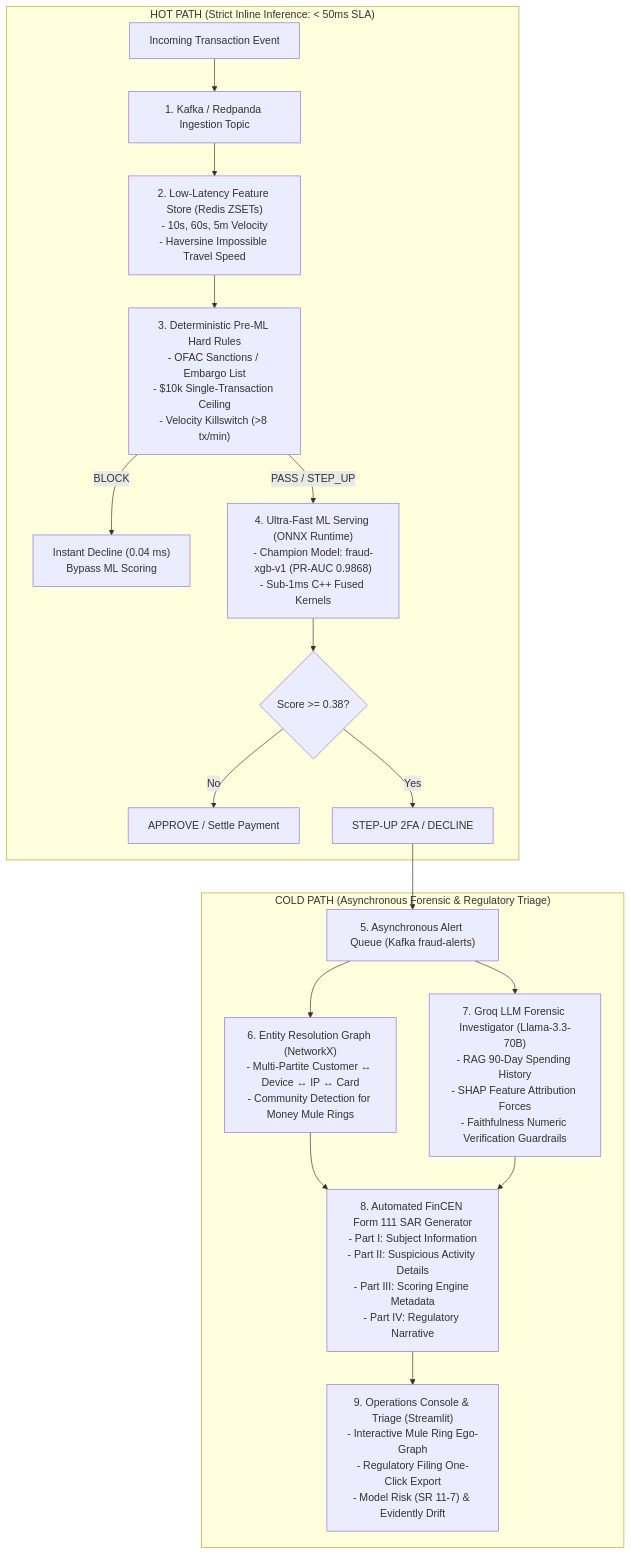
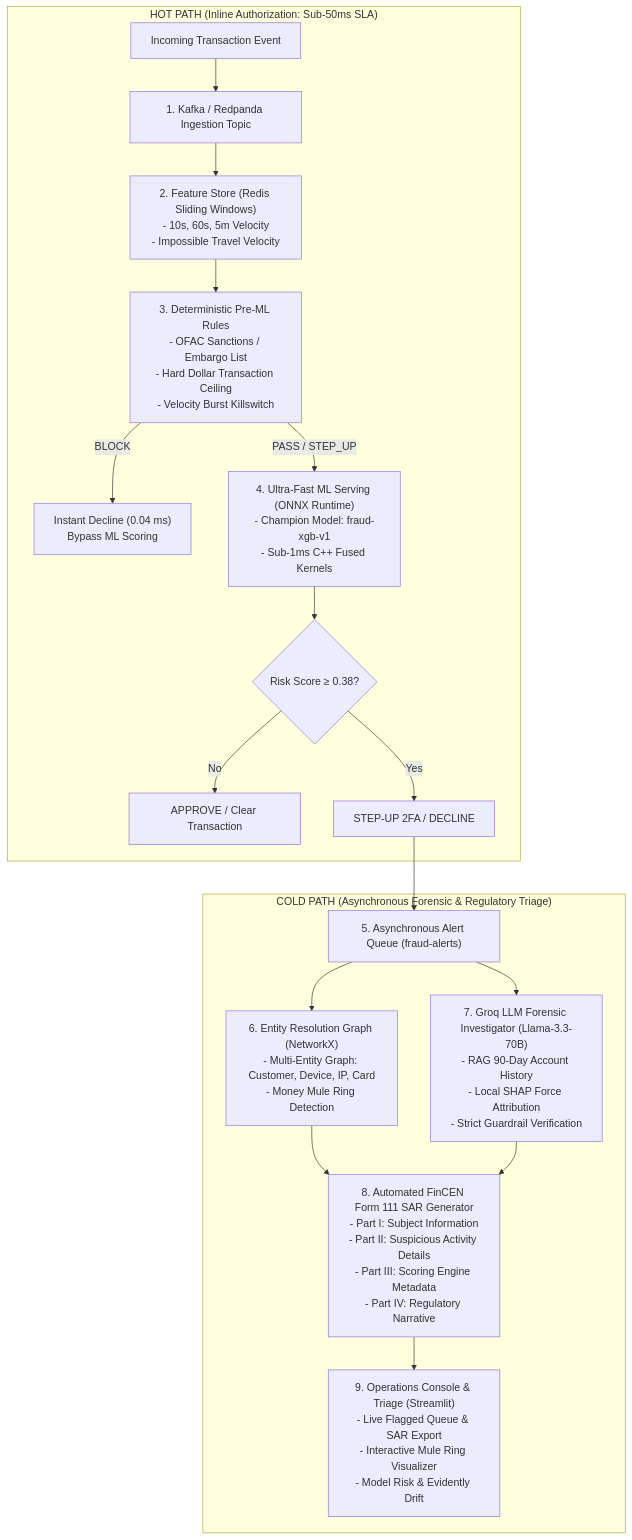
The diagram in README.md (abhinavcdas/fraud-detection-agent), drawn with Mermaid before and after one commit. The commit also changed other lines of this file and 4 other files, not shown here.

Commit message:
fix: harden latency benchmark with write-then-read features, sanitize agent tool calls, and fix mermaid syntax

````diff
--- a/README.md
+++ b/README.md
@@ -17,22 +17,22 @@
 ```mermaid
 flowchart TD
-    subgraph HotPath["HOT PATH (Strict Inline Inference: < 50ms SLA)"]
+    subgraph HotPath["HOT PATH (Inline Authorization: Sub-50ms SLA)"]
         A["Incoming Transaction Event"] --> B["1. Kafka / Redpanda Ingestion Topic"]
-        B --> C["2. Low-Latency Feature Store (Redis ZSETs)<br/>- 10s, 60s, 5m Velocity<br/>- Haversine Impossible Travel Speed"]
-        C --> D["3. Deterministic Pre-ML Hard Rules<br/>- OFAC Sanctions / Embargo List<br/>- $10k Single-Transaction Ceiling<br/>- Velocity Killswitch (>8 tx/min)"]
-        D -->|BLOCK| D1["Instant Decline (0.04 ms)<br/>Bypass ML Scoring"]
-        D -->|PASS / STEP_UP| E["4. Ultra-Fast ML Serving (ONNX Runtime)<br/>- Champion Model: fraud-xgb-v1 (PR-AUC 0.9868)<br/>- Sub-1ms C++ Fused Kernels"]
-        E --> F{"Score >= 0.38?"}
-        F -->|No| G["APPROVE / Settle Payment"]
+        B --> C["2. Feature Store (Redis Sliding Windows)<br>- 10s, 60s, 5m Velocity<br>- Impossible Travel Velocity"]
+        C --> D["3. Deterministic Pre-ML Rules<br>- OFAC Sanctions / Embargo List<br>- Hard Dollar Transaction Ceiling<br>- Velocity Burst Killswitch"]
+        D -->|BLOCK| D1["Instant Decline (0.04 ms)<br>Bypass ML Scoring"]
+        D -->|PASS / STEP_UP| E["4. Ultra-Fast ML Serving (ONNX Runtime)<br>- Champion Model: fraud-xgb-v1<br>- Sub-1ms C++ Fused Kernels"]
+        E --> F{"Risk Score &ge; 0.38?"}
+        F -->|No| G["APPROVE / Clear Transaction"]
         F -->|Yes| H["STEP-UP 2FA / DECLINE"]
     end
 
     subgraph ColdPath["COLD PATH (Asynchronous Forensic & Regulatory Triage)"]
-        H --> I["5. Asynchronous Alert Queue (Kafka fraud-alerts)"]
-        I --> J["6. Entity Resolution Graph (NetworkX)<br/>- Multi-Partite Customer ↔ Device ↔ IP ↔ Card<br/>- Community Detection for Money Mule Rings"]
-        I --> K["7. Groq LLM Forensic Investigator (Llama-3.3-70B)<br/>- RAG 90-Day Spending History<br/>- SHAP Feature Attribution Forces<br/>- Faithfulness Numeric Verification Guardrails"]
-        J --> L["8. Automated FinCEN Form 111 SAR Generator<br/>- Part I: Subject Information<br/>- Part II: Suspicious Activity Details<br/>- Part III: Scoring Engine Metadata<br/>- Part IV: Regulatory Narrative"]
+        H --> I["5. Asynchronous Alert Queue (fraud-alerts)"]
+        I --> J["6. Entity Resolution Graph (NetworkX)<br>- Multi-Entity Graph: Customer, Device, IP, Card<br>- Money Mule Ring Detection"]
+        I --> K["7. Groq LLM Forensic Investigator (Llama-3.3-70B)<br>- RAG 90-Day Account History<br>- Local SHAP Force Attribution<br>- Strict Guardrail Verification"]
+        J --> L["8. Automated FinCEN Form 111 SAR Generator<br>- Part I: Subject Information<br>- Part II: Suspicious Activity Details<br>- Part III: Scoring Engine Metadata<br>- Part IV: Regulatory Narrative"]
         K --> L
-        L --> M["9. Operations Console & Triage (Streamlit)<br/>- Interactive Mule Ring Ego-Graph<br/>- Regulatory Filing One-Click Export<br/>- Model Risk (SR 11-7) & Evidently Drift"]
+        L --> M["9. Operations Console & Triage (Streamlit)<br>- Live Flagged Queue & SAR Export<br>- Interactive Mule Ring Visualizer<br>- Model Risk & Evidently Drift"]
     end
 ```
````
